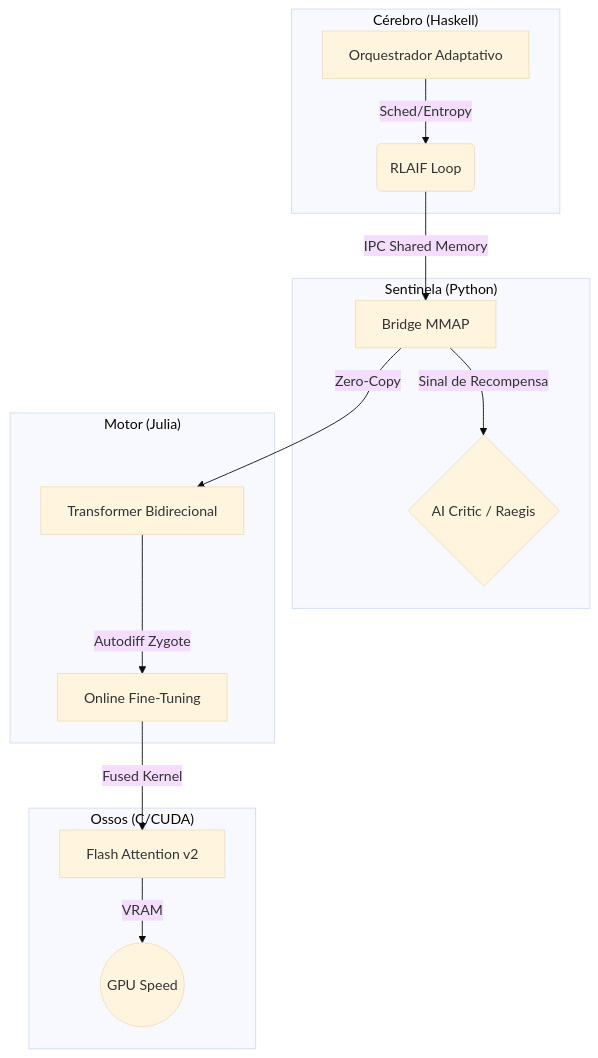
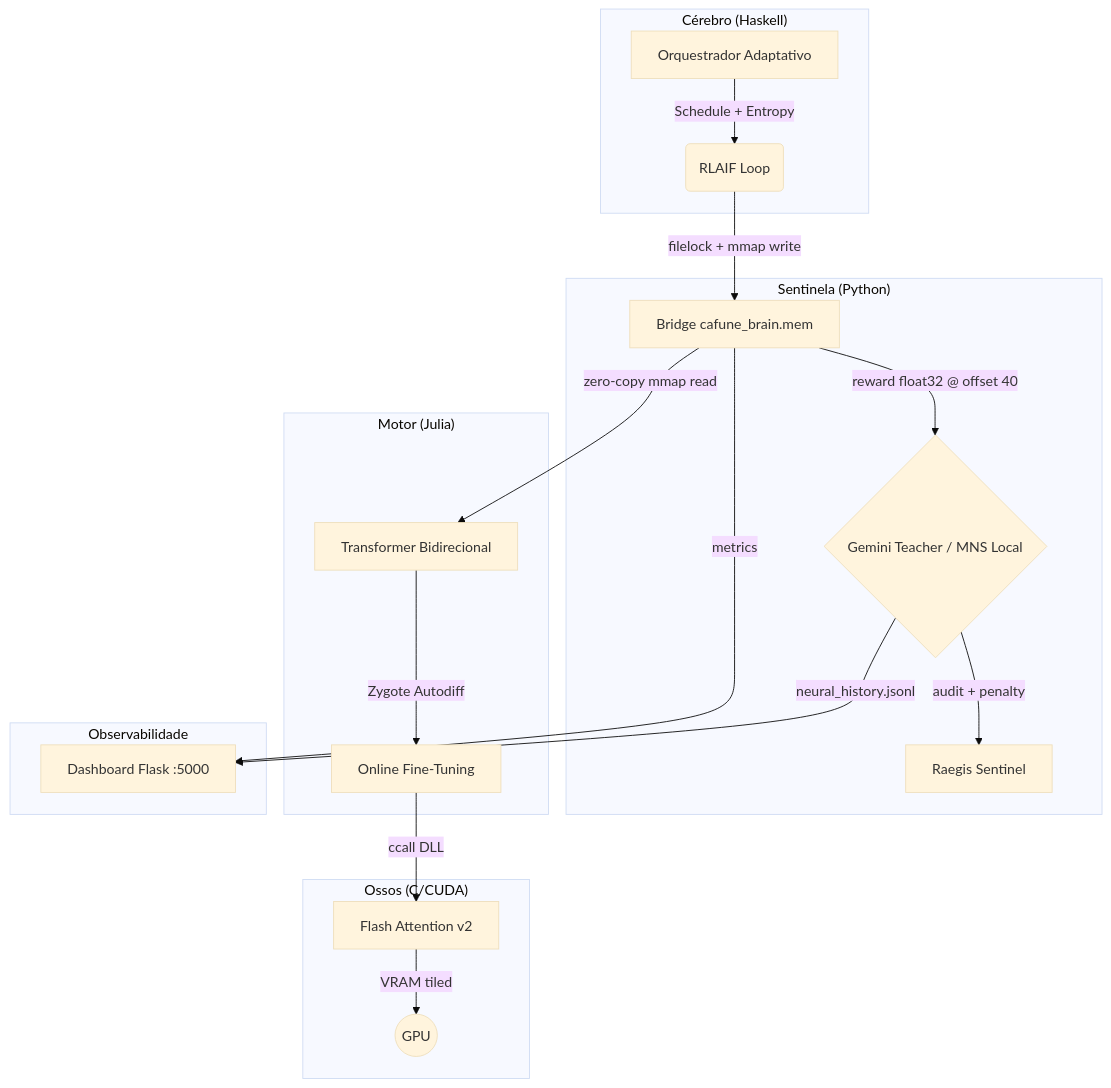
One commit to Rukafuu/CAFUNE changed the diagram in README.md. Above: the diagram before and after it, drawn with Mermaid (base theme). The commit also changed other lines of this file and 4 other files, not shown here.

````diff
--- a/README.md
+++ b/README.md
@@ -23,21 +23,27 @@
 ```mermaid
 graph TD
     subgraph "Cérebro (Haskell)"
-        A[Orquestrador Adaptativo] -->|Sched/Entropy| B(RLAIF Loop)
+        A[Orquestrador Adaptativo] -->|Schedule + Entropy| B(RLAIF Loop)
     end
-    
+
     subgraph "Sentinela (Python)"
-        B -->|IPC Shared Memory| C[Bridge MMAP]
-        C -->|Sinal de Recompensa| D{AI Critic / Raegis}
+        B -->|filelock + mmap write| C[Bridge cafune_brain.mem]
+        C -->|reward float32 @ offset 40| D{Gemini Teacher / MNS Local}
+        D -->|audit + penalty| E[Raegis Sentinel]
     end
-    
+
     subgraph "Motor (Julia)"
-        C -->|Zero-Copy| E[Transformer Bidirecional]
-        E -->|Autodiff Zygote| F[Online Fine-Tuning]
+        C -->|zero-copy mmap read| F[Transformer Bidirecional]
+        F -->|Zygote Autodiff| G[Online Fine-Tuning]
     end
-    
+
     subgraph "Ossos (C/CUDA)"
-        F -->|Fused Kernel| G[Flash Attention v2]
-        G -->|VRAM| H((GPU Speed))
+        G -->|ccall DLL| H[Flash Attention v2]
+        H -->|VRAM tiled| I((GPU))
+    end
+
+    subgraph "Observabilidade"
+        C -->|metrics| J[Dashboard Flask :5000]
+        D -->|neural_history.jsonl| J
     end
 ```
````
